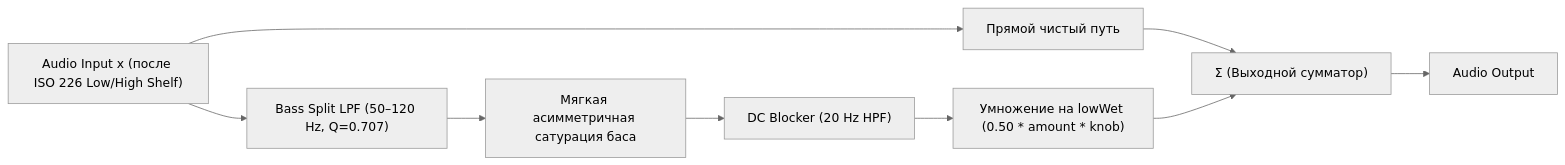
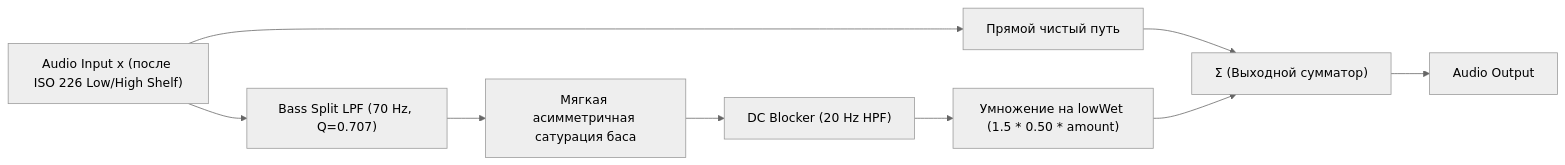
Before and after one commit to djbob2000/FineTunePro: the second of 2 diagrams in docs/dsp/treble_exciter.md, drawn with Mermaid (neutral theme). The commit also changed other lines of this file and 10 other files, not shown here.

Commit message:
feat(dsp, ui): lock bass exciter to 70Hz and knob 1.5, remove tuning sliders, update docs

````diff
--- a/docs/dsp/treble_exciter.md
+++ b/docs/dsp/treble_exciter.md
@@ -79,11 +79,11 @@
 ```mermaid
 flowchart LR
     In["Audio Input x (после ISO 226 Low/High Shelf)"] --> Dry["Прямой чистый путь"]
-    In --> LPF["Bass Split LPF (50–120 Hz, Q=0.707)"]
+    In --> LPF["Bass Split LPF (70 Hz, Q=0.707)"]
     LPF --> Sat["Мягкая асимметричная сатурация баса"]
     Sat --> DC["DC Blocker (20 Hz HPF)"]
-    DC --> WetScale["Умножение на lowWet (0.50 * amount * knob)"]
+    DC --> WetScale["Умножение на lowWet (1.5 * 0.50 * amount)"]
     Dry --> Sum["Σ (Выходной сумматор)"]
     WetScale --> Sum
     Sum --> Out["Audio Output"]
 ```
````
